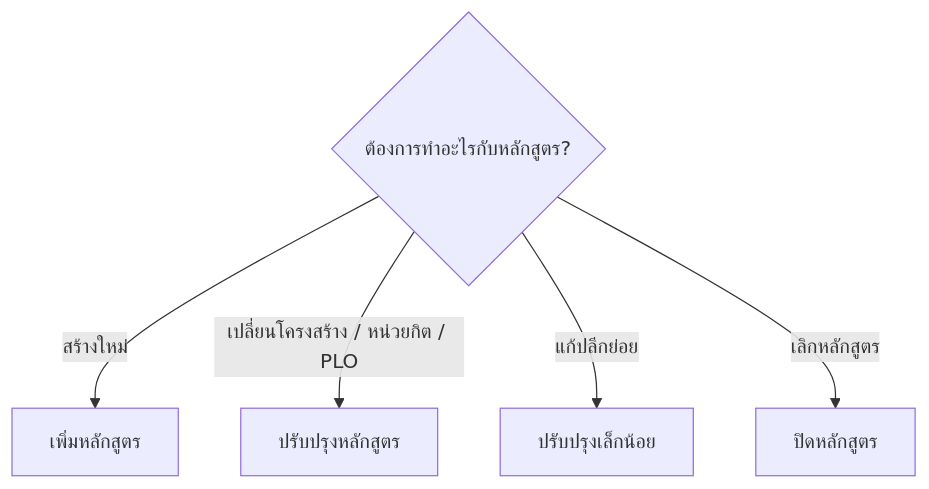
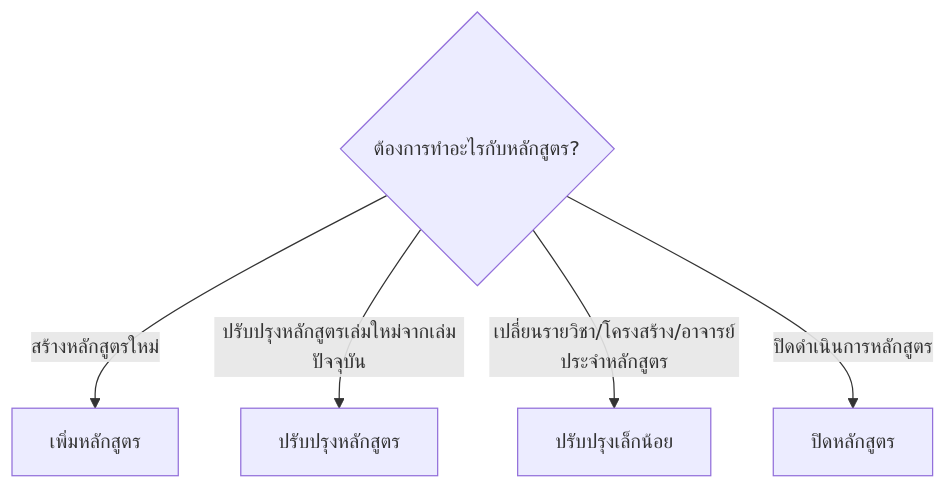
Before and after one commit to kamolchanokc/cms-user-manaul: the diagram in overview.md, drawn with Mermaid. The commit also changed other lines of this file and 1 other file, not shown here.

````diff
--- a/overview.md
+++ b/overview.md
@@ -27,8 +27,8 @@
 ```mermaid
 flowchart TD
     Q{"ต้องการทำอะไรกับหลักสูตร?"}
-    Q -->|สร้างใหม่| A["เพิ่มหลักสูตร"]
-    Q -->|"เปลี่ยนโครงสร้าง / หน่วยกิต / PLO"| B["ปรับปรุงหลักสูตร"]
-    Q -->|แก้ปลีกย่อย| C["ปรับปรุงเล็กน้อย"]
-    Q -->|เลิกหลักสูตร| D["ปิดหลักสูตร"]
+    Q -->|สร้างหลักสูตรใหม่| A["เพิ่มหลักสูตร"]
+    Q -->|"ปรับปรุงหลักสูตรเล่มใหม่จากเล่มปัจจุบัน"| B["ปรับปรุงหลักสูตร"]
+    Q -->|"เปลี่ยนรายวิชา/โครงสร้าง/อาจารย์ประจำหลักสูตร"| C["ปรับปรุงเล็กน้อย"]
+    Q -->|ปิดดำเนินการหลักสูตร| D["ปิดหลักสูตร"]
 ```
````
